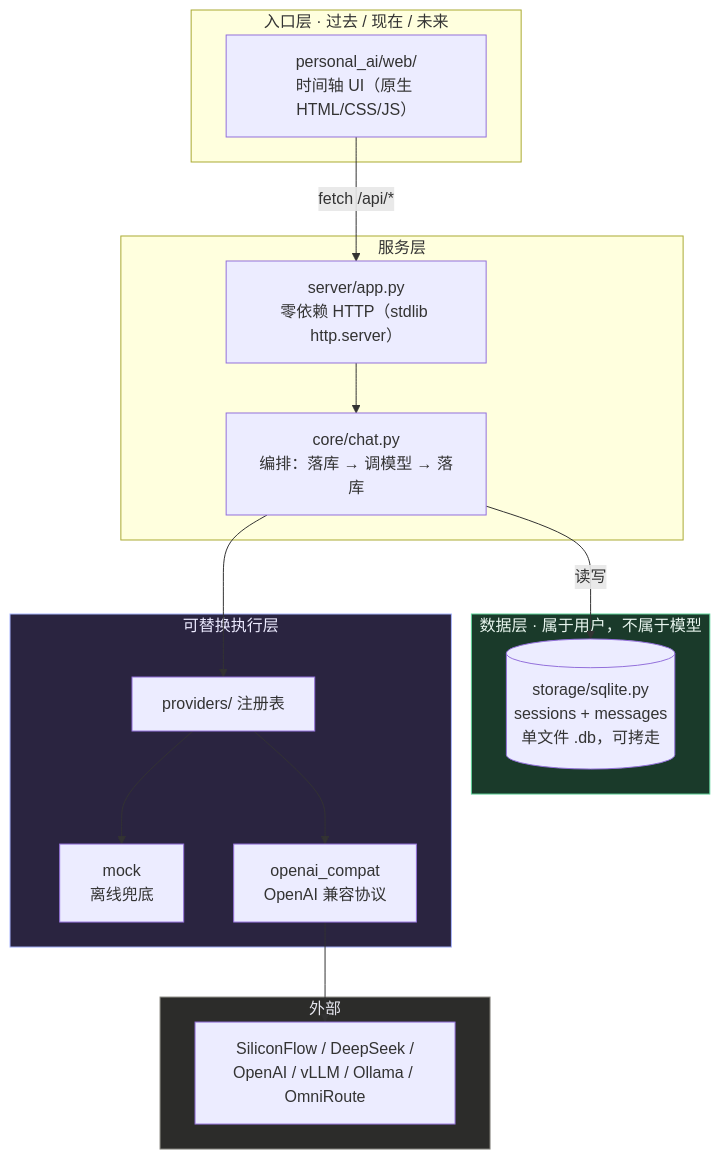
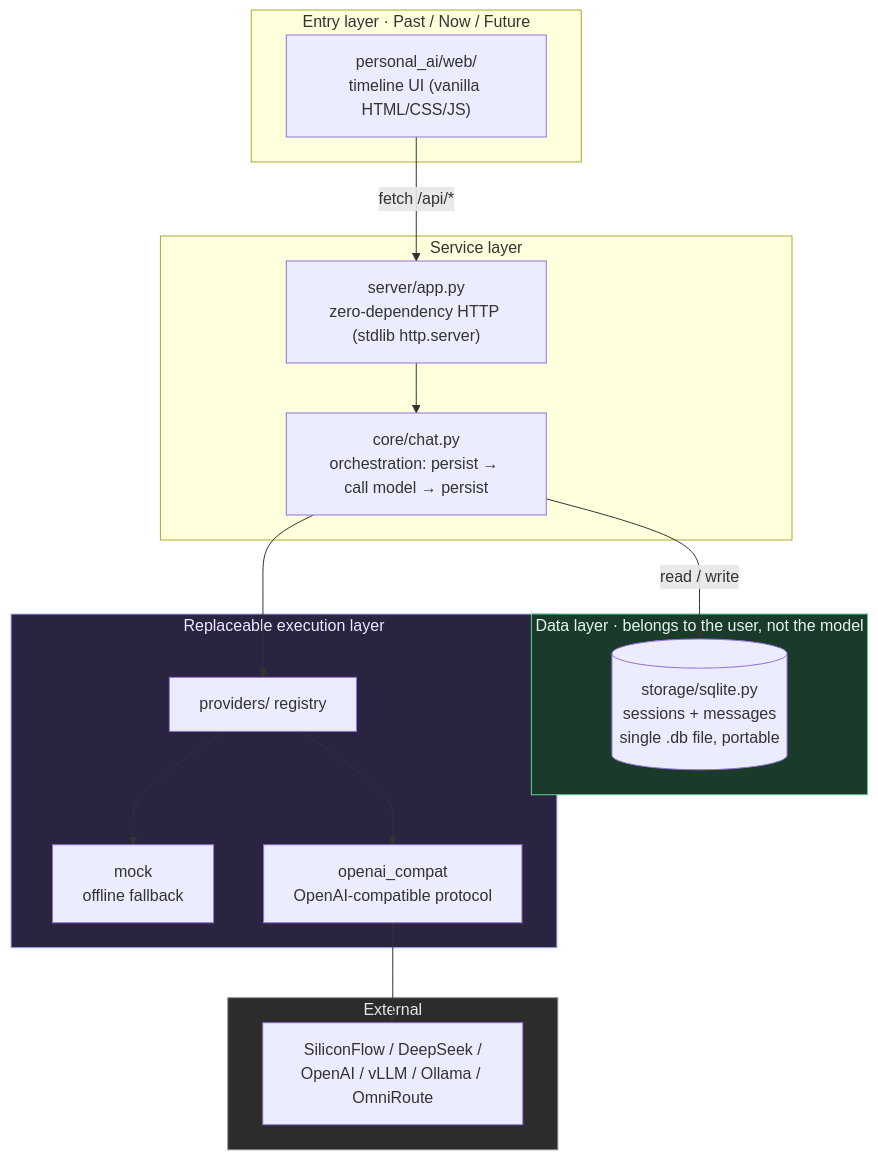
Before and after one commit to gangrenboqe/personal-ai: the second of 2 diagrams in README.md, drawn with Mermaid. The commit also changed other lines of this file and 20 other files, not shown here.

````diff
--- a/README.md
+++ b/README.md
@@ -150,37 +166,37 @@
 ```mermaid
 graph TB
-    subgraph UI["入口层 · 过去 / 现在 / 未来"]
-        WEB["personal_ai/web/<br/>时间轴 UI（原生 HTML/CSS/JS）"]
+    subgraph UI["Entry layer · Past / Now / Future"]
+        WEB["personal_ai/web/<br/>timeline UI (vanilla HTML/CSS/JS)"]
     end
 
-    subgraph SERVER["服务层"]
-        HTTP["server/app.py<br/>零依赖 HTTP（stdlib http.server）"]
-        CORE["core/chat.py<br/>编排：落库 → 调模型 → 落库"]
+    subgraph SERVER["Service layer"]
+        HTTP["server/app.py<br/>zero-dependency HTTP (stdlib http.server)"]
+        CORE["core/chat.py<br/>orchestration: persist → call model → persist"]
     end
 
-    subgraph DATA["数据层 · 属于用户，不属于模型"]
-        DB[("storage/sqlite.py<br/>sessions + messages<br/>单文件 .db，可拷走")]
+    subgraph DATA["Data layer · belongs to the user, not the model"]
+        DB[("storage/sqlite.py<br/>sessions + messages<br/>single .db file, portable")]
     end
 
-    subgraph EXEC["可替换执行层"]
-        REG["providers/ 注册表"]
-        P1["mock<br/>离线兜底"]
-        P2["openai_compat<br/>OpenAI 兼容协议"]
+    subgraph EXEC["Replaceable execution layer"]
+        REG["providers/ registry"]
+        P1["mock<br/>offline fallback"]
+        P2["openai_compat<br/>OpenAI-compatible protocol"]
     end
 
-    subgraph EXT["外部"]
+    subgraph EXT["External"]
         M1["SiliconFlow / DeepSeek /<br/>OpenAI / vLLM / Ollama / OmniRoute"]
     end
 
     WEB -->|"fetch /api/*"| HTTP
     HTTP --> CORE
-    CORE -->|"读写"| DB
+    CORE -->|"read / write"| DB
     CORE --> REG
     REG --> P1
     REG --> P2
     P2 --> M1
 
     style DATA fill:#1a3a2a,stroke:#5fd39a,color:#e8f5ee
     style EXEC fill:#2a2440,stroke:#a9b6ff,color:#eceaff
     style EXT fill:#2c2c2a,stroke:#888780,color:#e6e6ef
 ```
````
